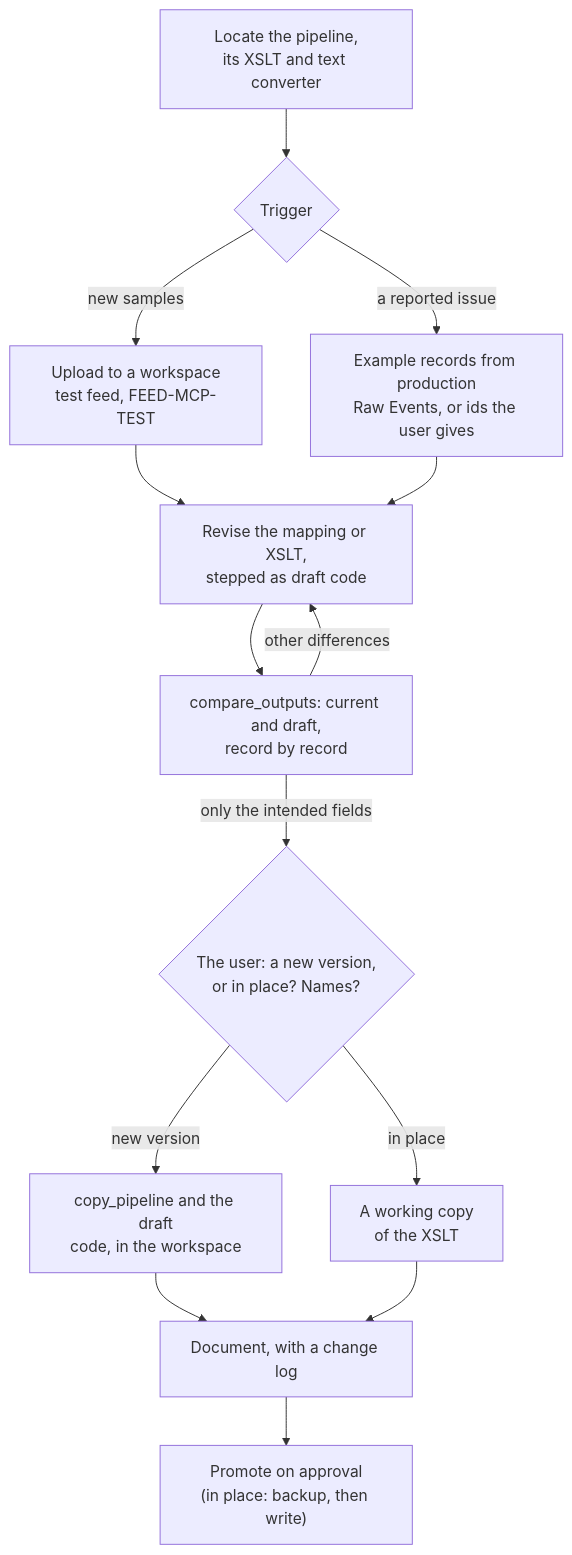
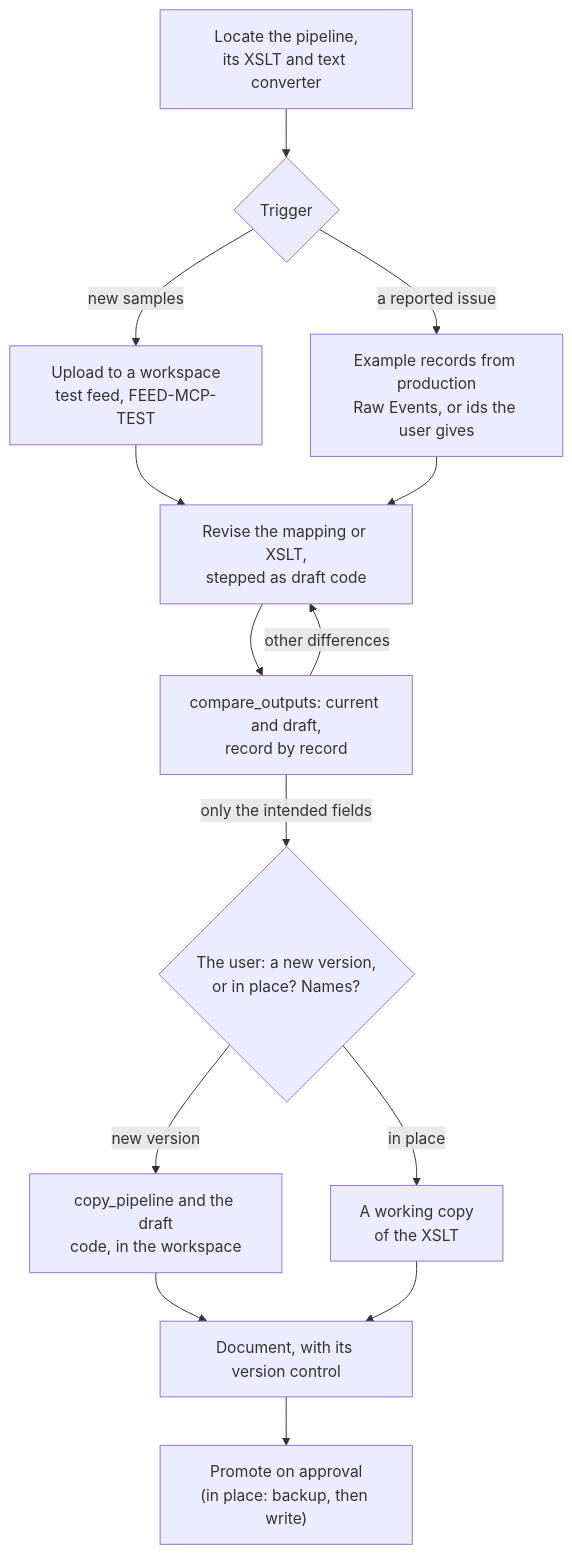
Before and after one commit to gradata-systems/stroom-fastmcp-server: the fifth of 12 diagrams in docs/DESIGN.md, drawn with Mermaid. The commit also changed other lines of this file and 38 other files, not shown here.

````diff
--- a/docs/DESIGN.md
+++ b/docs/DESIGN.md
@@ -184,14 +190,14 @@
 ```mermaid
 flowchart TD
     A["Locate the pipeline,<br/>its XSLT and text converter"] --> B{"Trigger"}
     B -- "new samples" --> C["Upload to a workspace<br/>test feed, FEED-MCP-TEST"]
     B -- "a reported issue" --> D["Example records from production<br/>Raw Events, or ids the user gives"]
     C & D --> E["Revise the mapping or XSLT,<br/>stepped as draft code"]
     E --> F["compare_outputs: current and draft,<br/>record by record"]
     F -- "other differences" --> E
     F -- "only the intended fields" --> G{"The user: a new version,<br/>or in place? Names?"}
     G -- "new version" --> H["copy_pipeline and the draft<br/>code, in the workspace"]
     G -- "in place" --> I["A working copy<br/>of the XSLT"]
-    H & I --> J["Document, with a change log"]
+    H & I --> J["Document, with its version control"]
     J --> K["Promote on approval<br/>(in place: backup, then write)"]
 ```
````
